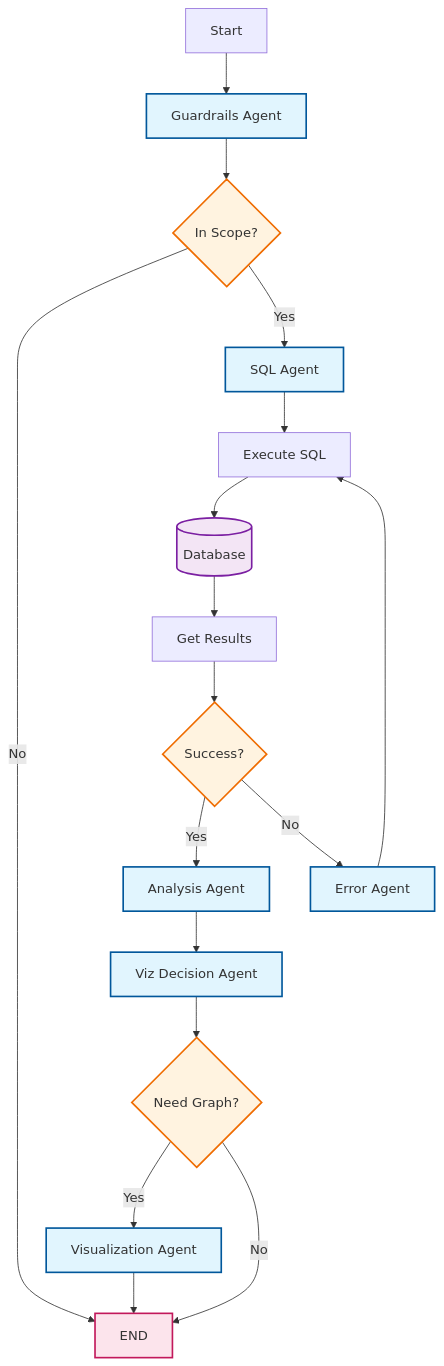
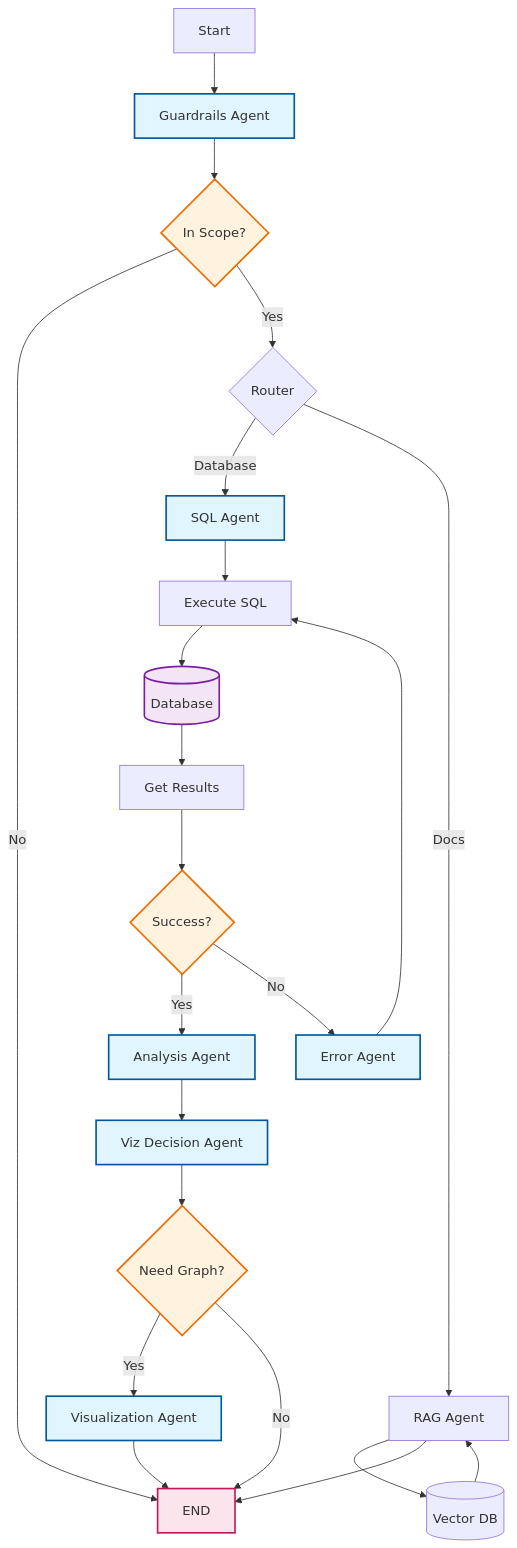
One commit to JuliPolu/Multi-Agent-Text2Sql-RAG-Chatbot changed the diagram in README.md. Above: the diagram before and after it, drawn with Mermaid. The commit also changed other lines of this file, not shown here.

Commit message:
feat: Introduce RAG agent, local inference, and observability features, updating the README and workflow diagrams.

````diff
--- a/README.md
+++ b/README.md
@@ -512,41 +591,48 @@
 ```mermaid
 graph TD
     A[Start] --> B[Guardrails Agent]
     
     B --> C{In Scope?}
     
     C -->|No| D[END]
-    C -->|Yes| E[SQL Agent]
+    C -->|Yes| R{Router}
+    
+    R -->|Database| E[SQL Agent]
+    R -->|Docs| RA[RAG Agent]
     
     E --> F[Execute SQL]
     
     F --> G[(Database)]
     G --> H[Get Results]
     
     H --> I{Success?}
     
     I -->|Yes| J[Analysis Agent]
     I -->|No| K[Error Agent]
     
     K --> F
+    
+    RA --> V[(Vector DB)]
+    V --> RA
+    RA --> D
     
     J --> L[Viz Decision Agent]
     
     L --> M{Need Graph?}
     
     M -->|Yes| N[Visualization Agent]
     M -->|No| D
     
     N --> D
     
     %% Styling
     classDef agentNode fill:#e1f5fe,stroke:#01579b,stroke-width:2px
     classDef decisionNode fill:#fff3e0,stroke:#ef6c00,stroke-width:2px
     classDef databaseNode fill:#f3e5f5,stroke:#7b1fa2,stroke-width:2px
     classDef endNode fill:#fce4ec,stroke:#c2185b,stroke-width:2px
     
     class B,E,K,J,L,N agentNode
     class C,I,M decisionNode
     class G databaseNode
     class D endNode
 ```
````
